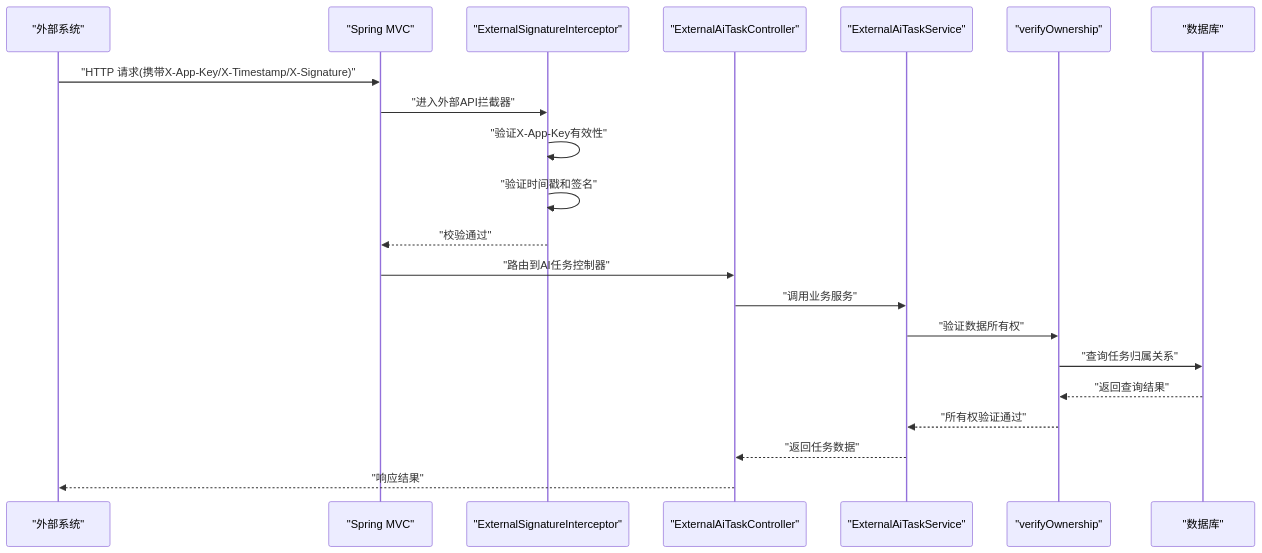
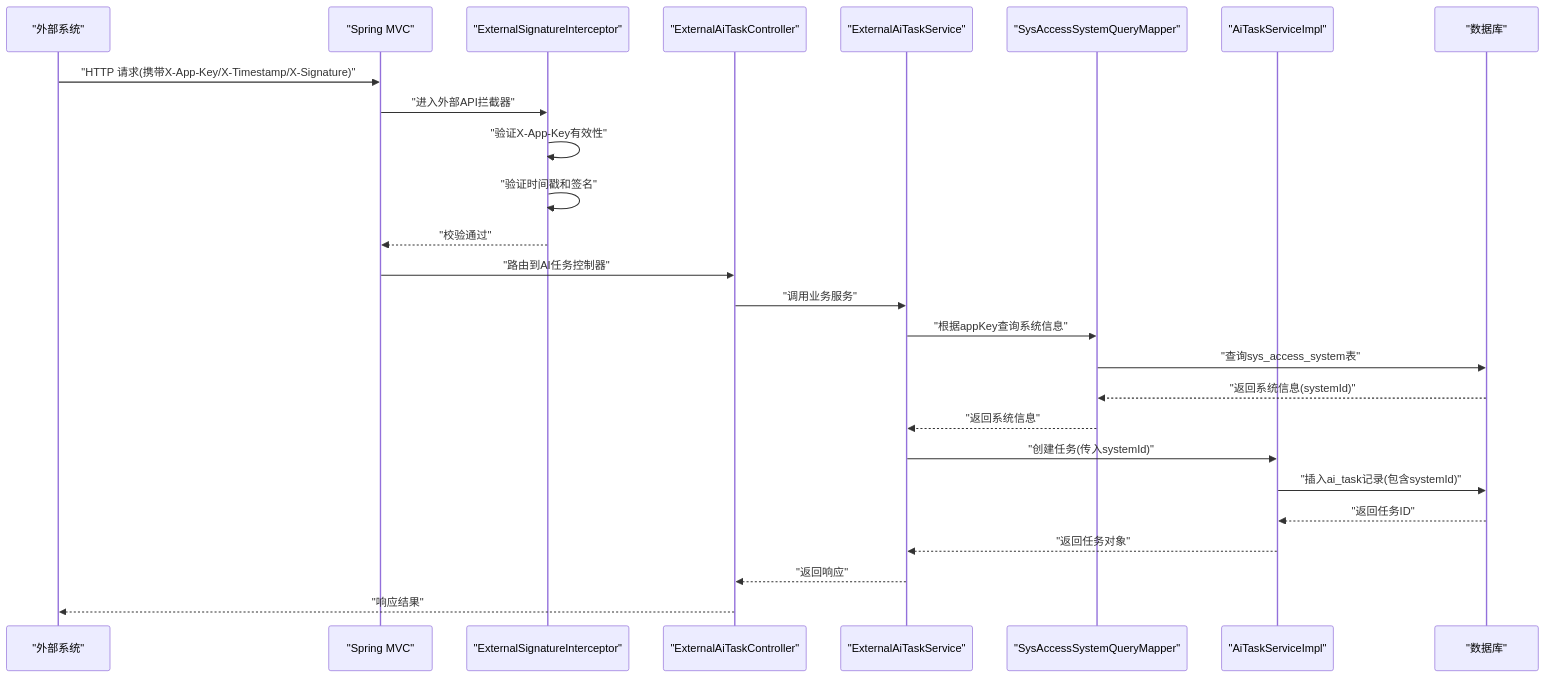
The second of 5 diagrams in .qoder/repowiki/zh/content/API接口文档/外部系统集成API/外部系统集成API.md (DrunkFood/First), drawn with Mermaid before and after one commit. The commit also changed other lines of this file and 58 other files, not shown here.

````diff
--- a/.qoder/repowiki/zh/content/API接口文档/外部系统集成API/外部系统集成API.md
+++ b/.qoder/repowiki/zh/content/API接口文档/外部系统集成API/外部系统集成API.md
@@ -116,23 +126,28 @@
 ```mermaid
 sequenceDiagram
 participant Ext as "外部系统"
 participant Web as "Spring MVC"
 participant Intc as "ExternalSignatureInterceptor"
 participant Ctrl as "ExternalAiTaskController"
 participant Service as "ExternalAiTaskService"
-participant Verify as "verifyOwnership"
+participant Mapper as "SysAccessSystemQueryMapper"
+participant TaskSvc as "AiTaskServiceImpl"
 participant DB as "数据库"
 Ext->>Web : "HTTP 请求(携带X-App-Key/X-Timestamp/X-Signature)"
 Web->>Intc : "进入外部API拦截器"
 Intc->>Intc : "验证X-App-Key有效性"
 Intc->>Intc : "验证时间戳和签名"
 Intc-->>Web : "校验通过"
 Web->>Ctrl : "路由到AI任务控制器"
 Ctrl->>Service : "调用业务服务"
-Service->>Verify : "验证数据所有权"
-Verify->>DB : "查询任务归属关系"
-DB-->>Verify : "返回查询结果"
-Verify-->>Service : "所有权验证通过"
-Service-->>Ctrl : "返回任务数据"
+Service->>Mapper : "根据appKey查询系统信息"
+Mapper->>DB : "查询sys_access_system表"
+DB-->>Mapper : "返回系统信息(systemId)"
+Mapper-->>Service : "返回系统信息"
+Service->>TaskSvc : "创建任务(传入systemId)"
+TaskSvc->>DB : "插入ai_task记录(包含systemId)"
+DB-->>TaskSvc : "返回任务ID"
+TaskSvc-->>Service : "返回任务对象"
+Service-->>Ctrl : "返回响应"
 Ctrl-->>Ext : "响应结果"
 ```
````
